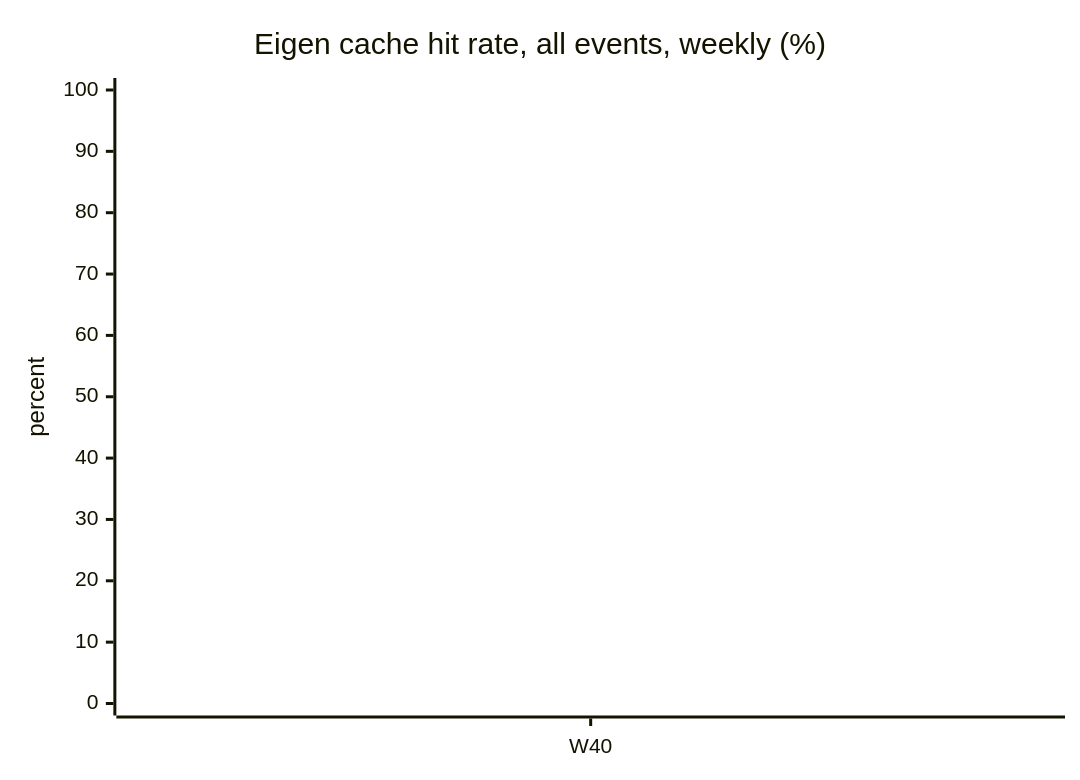
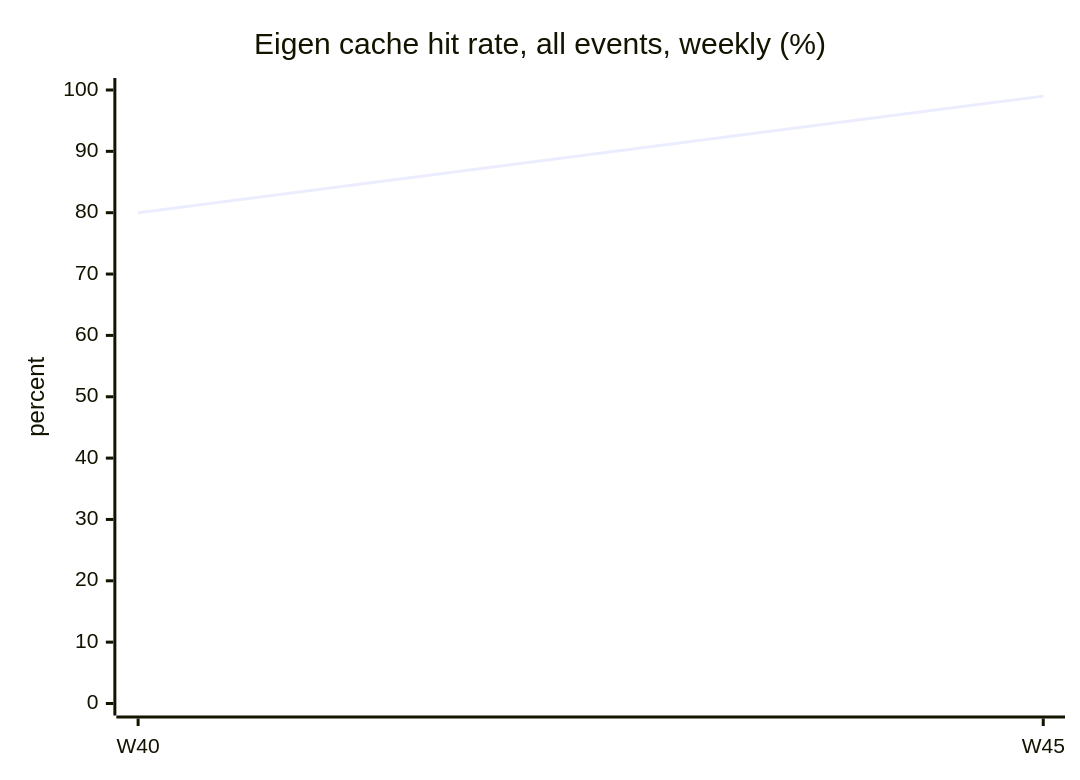
The fourth of 4 diagrams in .github/ci-metrics/data/CI_TIMINGS.md (MolarVerse/PQ), drawn with Mermaid before and after one commit. The commit also changed other lines of this file and 1 other file, not shown here.

````diff
--- a/.github/ci-metrics/data/CI_TIMINGS.md
+++ b/.github/ci-metrics/data/CI_TIMINGS.md
@@ -163,7 +385,7 @@
 ```mermaid
 xychart-beta
     title "Eigen cache hit rate, all events, weekly (%)"
-    x-axis ["W40"]
+    x-axis ["W40", "W45"]
     y-axis "percent" 0 --> 100
-    line [80]
+    line [80, 99]
 ```
````
